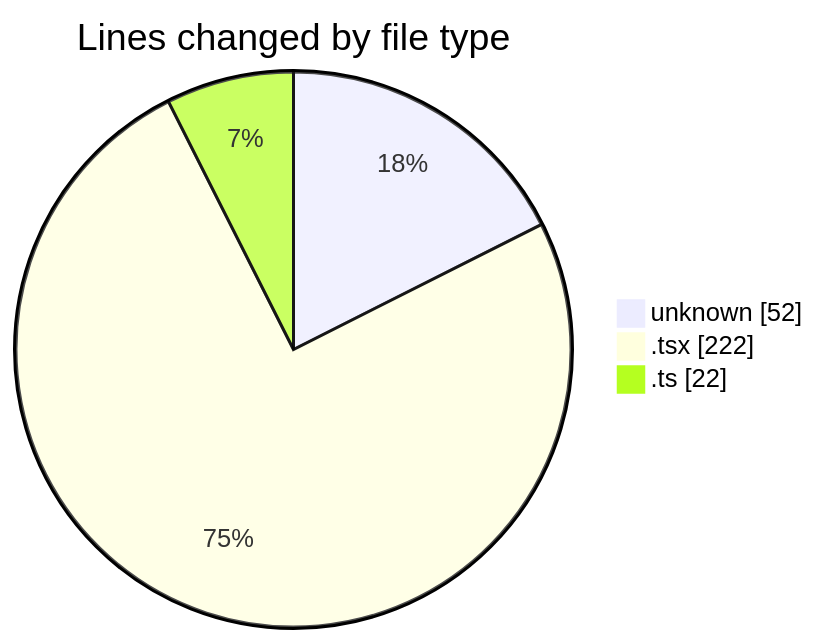
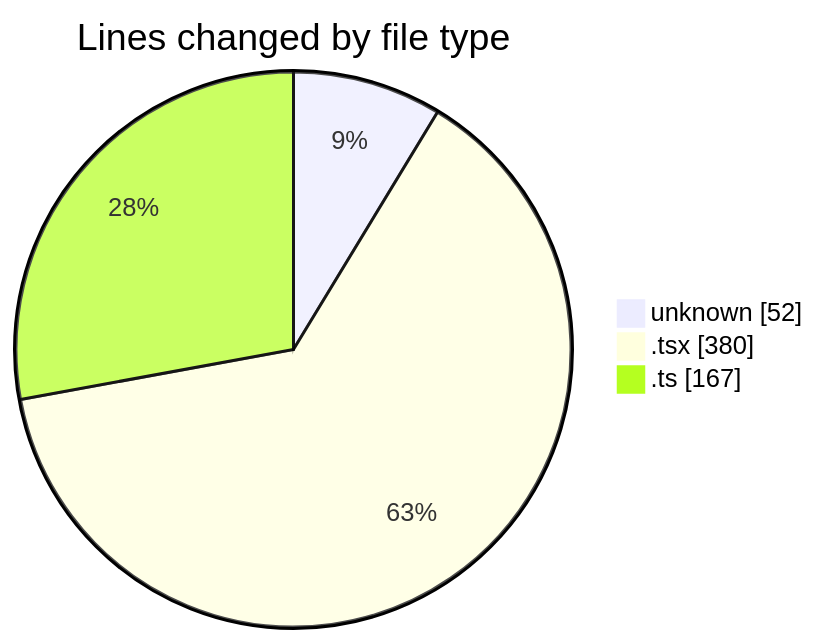
The first of 2 diagrams in 2025-06-02/ecodeli-1/README.md (CELIANVF/code-tracking), drawn with Mermaid before and after one commit. The commit also changed other lines of this file and 1 other file, not shown here.

````diff
--- a/2025-06-02/ecodeli-1/README.md
+++ b/2025-06-02/ecodeli-1/README.md
@@ -30,7 +38,7 @@
 ```mermaid
 pie showData
 title Lines changed by file type
 "unknown" : 52
-".tsx" : 222
-".ts" : 22
+".tsx" : 380
+".ts" : 167
 ```
````
